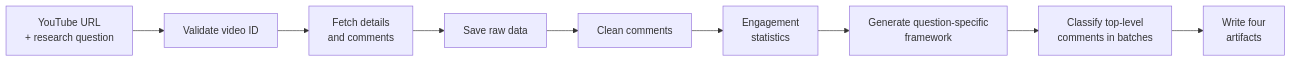
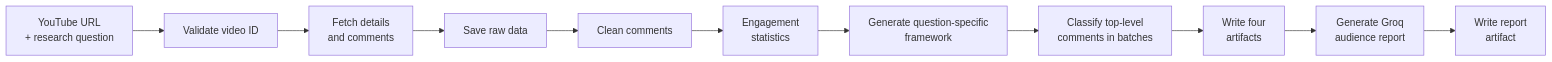
One commit to fadilasif/consensus changed the diagram in README.md. Above: the diagram before and after it, drawn with Mermaid. The commit also changed other lines of this file and 8 other files, not shown here.

````diff
--- a/README.md
+++ b/README.md
@@ -33,11 +33,13 @@
 ```mermaid
 flowchart LR
     A[YouTube URL<br/>+ research question] --> B[Validate video ID]
     B --> C[Fetch details<br/>and comments]
     C --> D[Save raw data]
     D --> E[Clean comments]
     E --> F[Engagement<br/>statistics]
     F --> G[Generate question-specific<br/>framework]
     G --> H[Classify top-level<br/>comments in batches]
     H --> I[Write four<br/>artifacts]
+    I --> J[Generate Groq<br/>audience report]
+    J --> K[Write report<br/>artifact]
 ```
````
